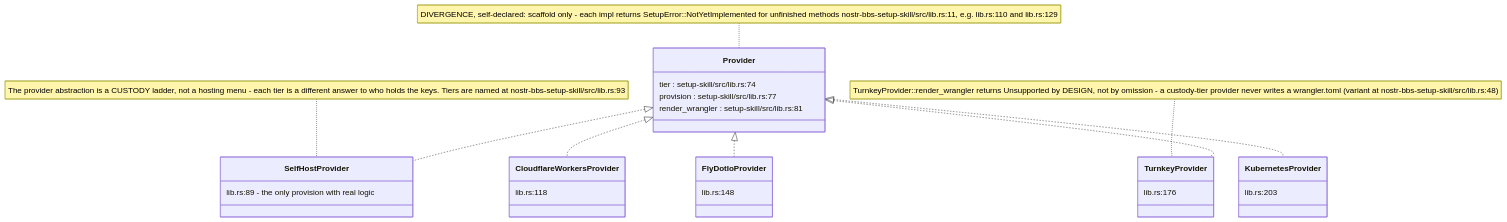
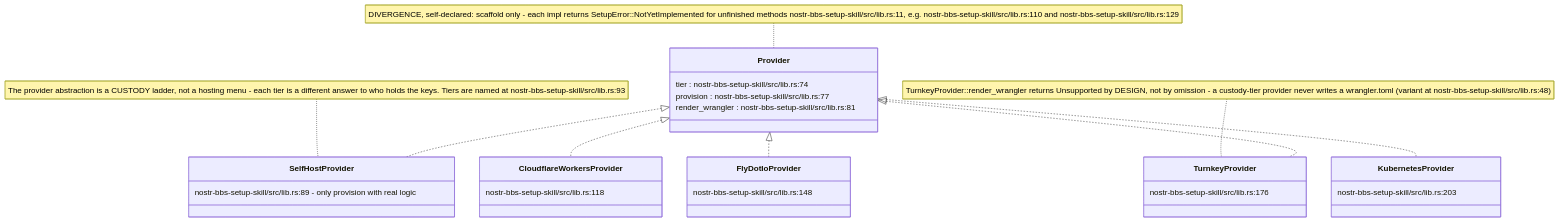
One commit to DreamLab-AI/VisionFlow changed the ninth of 9 diagrams in docs/diagrams/nostr-rust-forum/09-ci-deploy-canary-and-validation.md. Above: the diagram before and after it, drawn with Mermaid. The commit also changed other lines of this file and 185 other files, not shown here.

Commit message:
docs(estate): reconcile diagrams and ADRs with source and define closeout sprint

````diff
--- a/docs/diagrams/nostr-rust-forum/09-ci-deploy-canary-and-validation.md
+++ b/docs/diagrams/nostr-rust-forum/09-ci-deploy-canary-and-validation.md
@@ -212,32 +212,32 @@
 ```mermaid
 classDiagram
     class Provider {
-        tier : setup-skill/src/lib.rs:74
-        provision : setup-skill/src/lib.rs:77
-        render_wrangler : setup-skill/src/lib.rs:81
+        tier : nostr-bbs-setup-skill/src/lib.rs:74
+        provision : nostr-bbs-setup-skill/src/lib.rs:77
+        render_wrangler : nostr-bbs-setup-skill/src/lib.rs:81
     }
     class SelfHostProvider {
-        lib.rs:89 - the only provision with real logic
+        nostr-bbs-setup-skill/src/lib.rs:89 - only provision with real logic
     }
     class CloudflareWorkersProvider {
-        lib.rs:118
+        nostr-bbs-setup-skill/src/lib.rs:118
     }
     class FlyDotIoProvider {
-        lib.rs:148
+        nostr-bbs-setup-skill/src/lib.rs:148
     }
     class TurnkeyProvider {
-        lib.rs:176
+        nostr-bbs-setup-skill/src/lib.rs:176
     }
     class KubernetesProvider {
-        lib.rs:203
+        nostr-bbs-setup-skill/src/lib.rs:203
     }
     Provider <|.. SelfHostProvider
     Provider <|.. CloudflareWorkersProvider
     Provider <|.. FlyDotIoProvider
     Provider <|.. TurnkeyProvider
     Provider <|.. KubernetesProvider
 
-    note for Provider "DIVERGENCE, self-declared: scaffold only - each impl returns SetupError::NotYetImplemented for unfinished methods nostr-bbs-setup-skill/src/lib.rs:11, e.g. lib.rs:110 and lib.rs:129"
+    note for Provider "DIVERGENCE, self-declared: scaffold only - each impl returns SetupError::NotYetImplemented for unfinished methods nostr-bbs-setup-skill/src/lib.rs:11, e.g. nostr-bbs-setup-skill/src/lib.rs:110 and nostr-bbs-setup-skill/src/lib.rs:129"
     note for TurnkeyProvider "TurnkeyProvider::render_wrangler returns Unsupported by DESIGN, not by omission - a custody-tier provider never writes a wrangler.toml (variant at nostr-bbs-setup-skill/src/lib.rs:48)"
     note for SelfHostProvider "The provider abstraction is a CUSTODY ladder, not a hosting menu - each tier is a different answer to who holds the keys. Tiers are named at nostr-bbs-setup-skill/src/lib.rs:93"
 ```
````
